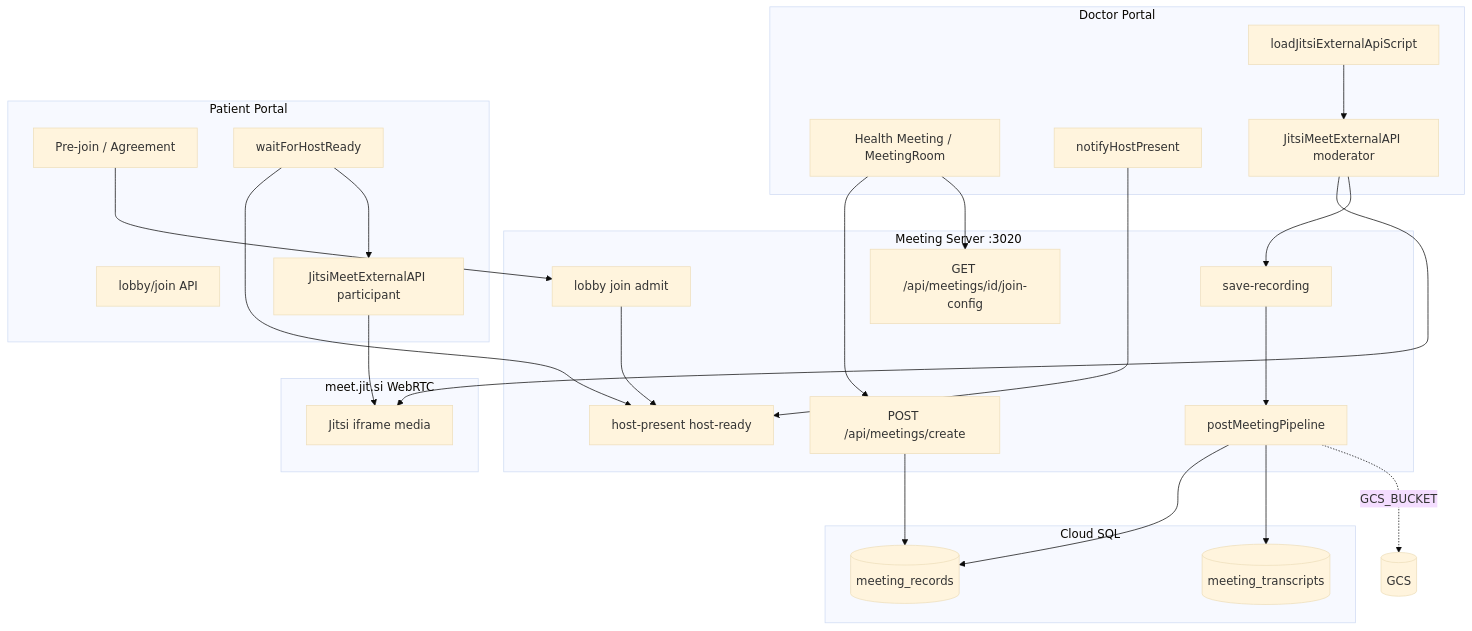
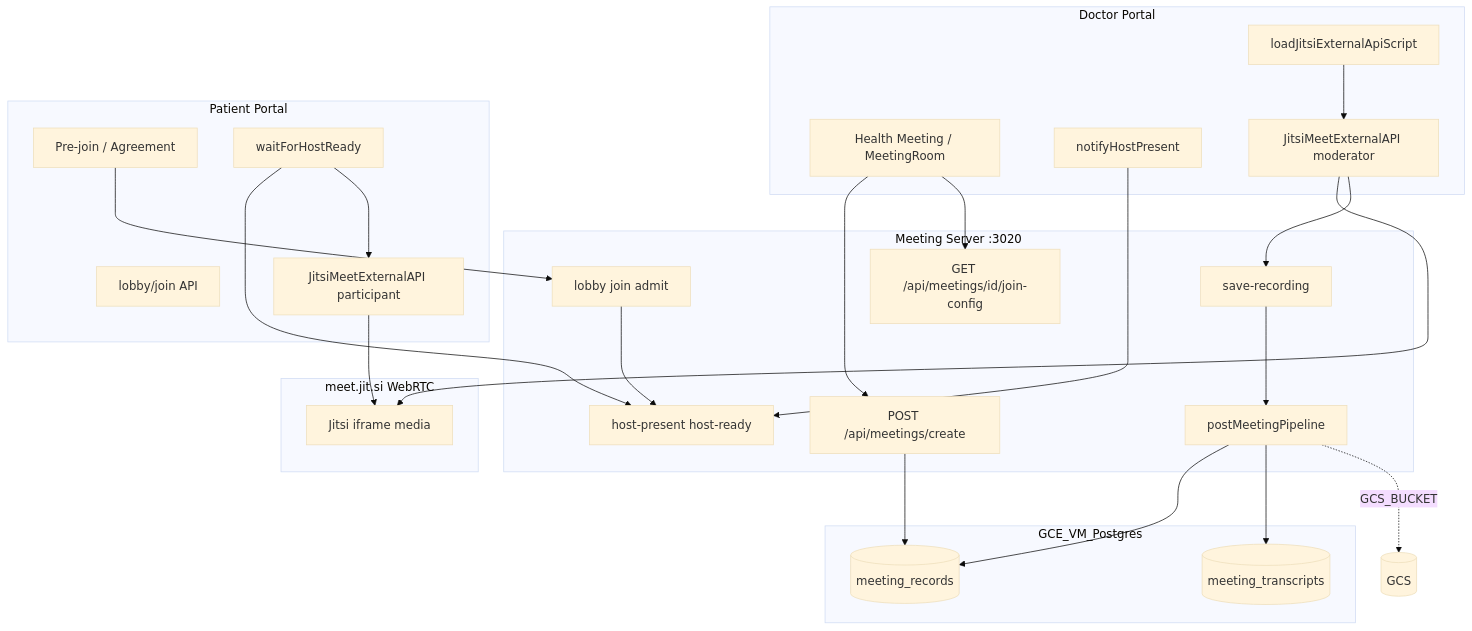
The diagram in Documents/Technical_Documents/04_Jitsi_Integration_and_Code_Examples.md (chiraleo2000/Isara-Anywhere), drawn with Mermaid (base theme) before and after one commit. The commit also changed other lines of this file and 44 other files, not shown here.

First line of the commit message:
Lock Cloud Run to GCE VM Postgres, ignore .kiro, and sync gate docs.

````diff
--- a/Documents/Technical_Documents/04_Jitsi_Integration_and_Code_Examples.md
+++ b/Documents/Technical_Documents/04_Jitsi_Integration_and_Code_Examples.md
@@ -569,51 +574,51 @@
 ```mermaid
 flowchart TB
     subgraph DoctorUI [Doctor Portal]
         D1[Health Meeting / MeetingRoom]
         D2[notifyHostPresent]
         D3[loadJitsiExternalApiScript]
         D4[JitsiMeetExternalAPI moderator]
     end
 
     subgraph PatientUI [Patient Portal]
         P1[Pre-join / Agreement]
         P2[lobby/join API]
         P3[waitForHostReady]
         P4[JitsiMeetExternalAPI participant]
     end
 
     subgraph MS [Meeting Server :3020]
         C[POST /api/meetings/create]
         J[GET /api/meetings/id/join-config]
         L[lobby join admit]
         H[host-present host-ready]
         R[save-recording]
         P[postMeetingPipeline]
     end
 
-    subgraph DB [Cloud SQL]
+    subgraph DB [GCE_VM_Postgres]
         MR[(meeting_records)]
         MT[(meeting_transcripts)]
     end
 
     subgraph JITSI [meet.jit.si WebRTC]
         IFRAME[Jitsi iframe media]
     end
 
     D1 --> C
     C --> MR
     D1 --> J
     P1 --> L
     L --> H
     D2 --> H
     P3 --> H
     D3 --> D4
     P3 --> P4
     D4 --> IFRAME
     P4 --> IFRAME
     D4 --> R
     R --> P
     P --> MR
     P --> MT
     P -.->|GCS_BUCKET| GCS[(GCS)]
 ```
````
